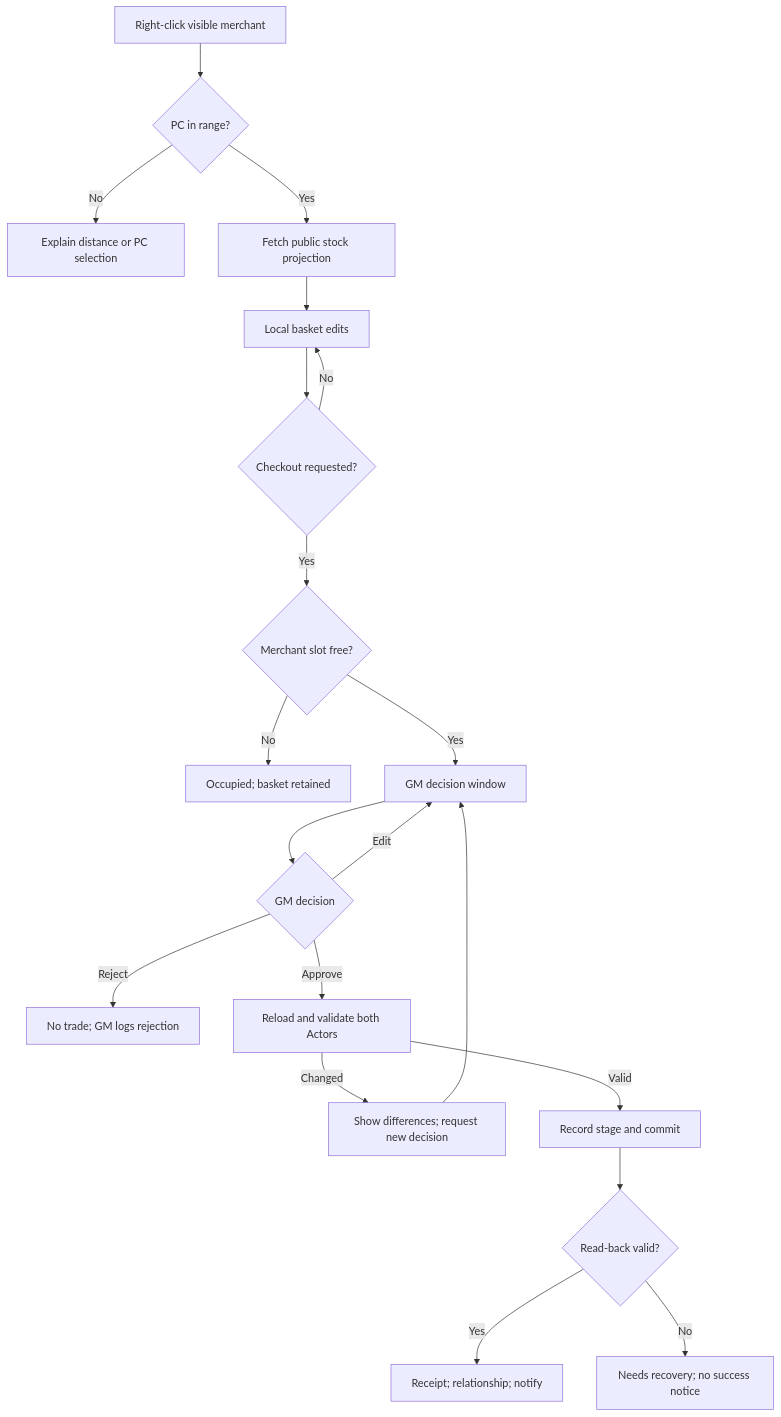
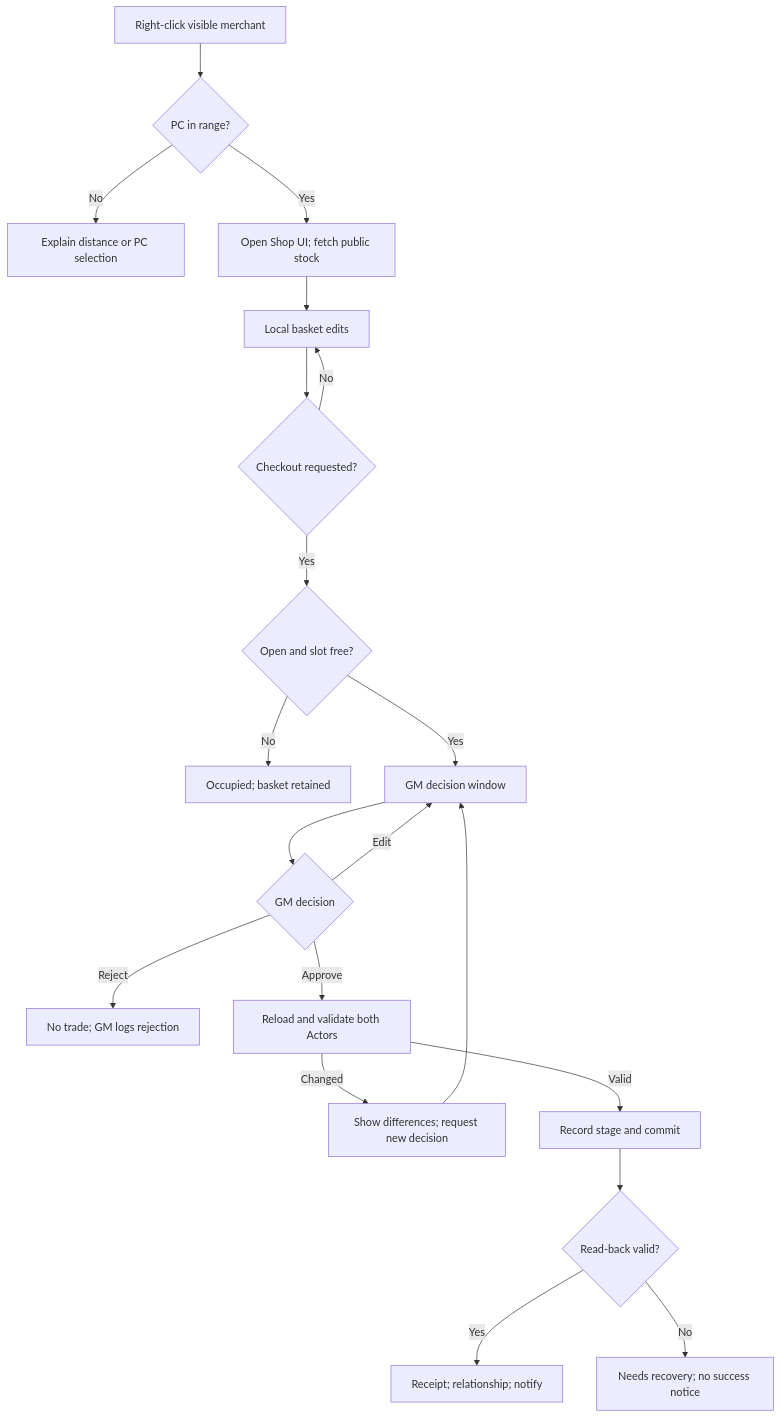
The first of 3 diagrams in docs/merchant/WORKFLOW_DIAGRAMS.md (devilclarke42/DevilsTable), drawn with Mermaid before and after one commit. The commit also changed other lines of this file and 11 other files, not shown here.

````diff
--- a/docs/merchant/WORKFLOW_DIAGRAMS.md
+++ b/docs/merchant/WORKFLOW_DIAGRAMS.md
@@ -9,22 +9,22 @@
 ```mermaid
 flowchart TD
   A["Right-click visible merchant"] --> B{"PC in range?"}
   B -->|No| C["Explain distance or PC selection"]
-  B -->|Yes| D["Fetch public stock projection"]
+  B -->|Yes| D["Open Shop UI; fetch public stock"]
   D --> E["Local basket edits"]
   E --> F{"Checkout requested?"}
   F -->|No| E
-  F -->|Yes| G{"Merchant slot free?"}
+  F -->|Yes| G{"Open and slot free?"}
   G -->|No| H["Occupied; basket retained"]
   G -->|Yes| I["GM decision window"]
   I --> J{"GM decision"}
   J -->|Reject| K["No trade; GM logs rejection"]
   J -->|Edit| I
   J -->|Approve| L["Reload and validate both Actors"]
   L -->|Changed| M["Show differences; request new decision"]
   M --> I
   L -->|Valid| N["Record stage and commit"]
   N --> O{"Read-back valid?"}
   O -->|Yes| P["Receipt; relationship; notify"]
   O -->|No| Q["Needs recovery; no success notice"]
 ```
````
